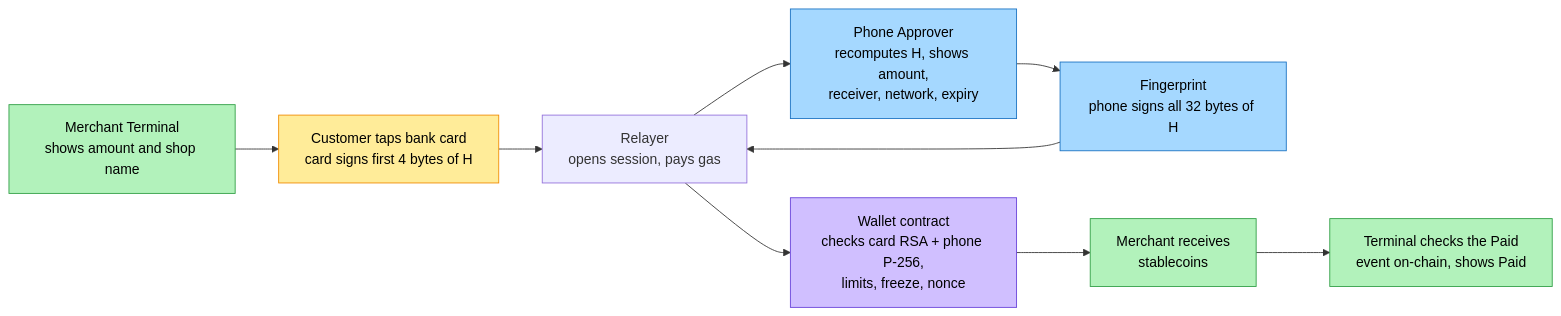
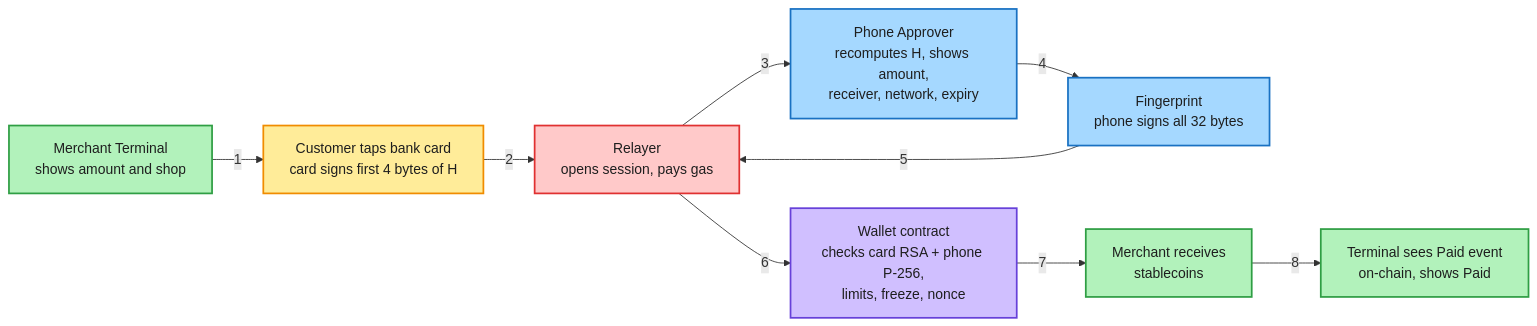
The fifth of 8 diagrams in docs/WHITEPAPER.md (team-somehow/tap2eth), drawn with Mermaid before and after one commit. The commit also changed other lines of this file and 1 other file, not shown here.

First line of the commit message:
docs: shorten the white paper and spec, add reader-card diagrams

````diff
--- a/docs/WHITEPAPER.md
+++ b/docs/WHITEPAPER.md
@@ -185,19 +217,25 @@
 ```mermaid
 flowchart LR
-    T["Merchant Terminal<br/>shows amount and shop name"]:::receiver
+    T["Merchant Terminal<br/>shows amount and shop"]:::receiver
     C["Customer taps bank card<br/>card signs first 4 bytes of H"]:::card
-    L["Relayer<br/>opens session, pays gas"]
+    L["Relayer<br/>opens session, pays gas"]:::relayer
     P["Phone Approver<br/>recomputes H, shows amount,<br/>receiver, network, expiry"]:::phone
-    B["Fingerprint<br/>phone signs all 32 bytes of H"]:::phone
+    B["Fingerprint<br/>phone signs all 32 bytes"]:::phone
     W["Wallet contract<br/>checks card RSA + phone P-256,<br/>limits, freeze, nonce"]:::chain
     M["Merchant receives<br/>stablecoins"]:::receiver
-    V["Terminal checks the Paid<br/>event on-chain, shows Paid"]:::receiver
-    T --> C --> L --> P --> B --> L
-    L --> W --> M --> V
+    V["Terminal sees Paid event<br/>on-chain, shows Paid"]:::receiver
+    T -->|"1"| C
+    C -->|"2"| L
+    L -->|"3"| P
+    P -->|"4"| B
+    B -->|"5"| L
+    L -->|"6"| W
+    W -->|"7"| M
+    M -->|"8"| V
 
-    classDef card fill:#ffec99,stroke:#f08c00,color:#000
-    classDef phone fill:#a5d8ff,stroke:#1971c2,color:#000
-    classDef chain fill:#d0bfff,stroke:#6741d9,color:#000
-    classDef receiver fill:#b2f2bb,stroke:#2f9e44,color:#000
-    classDef recovery fill:#ffd8a8,stroke:#e8590c,color:#000
+    classDef card fill:#ffec99,stroke:#f08c00,stroke-width:2px,color:#1e1e1e
+    classDef phone fill:#a5d8ff,stroke:#1971c2,stroke-width:2px,color:#1e1e1e
+    classDef chain fill:#d0bfff,stroke:#6741d9,stroke-width:2px,color:#1e1e1e
+    classDef receiver fill:#b2f2bb,stroke:#2f9e44,stroke-width:2px,color:#1e1e1e
+    classDef relayer fill:#ffc9c9,stroke:#e03131,stroke-width:2px,color:#1e1e1e
 ```
````
